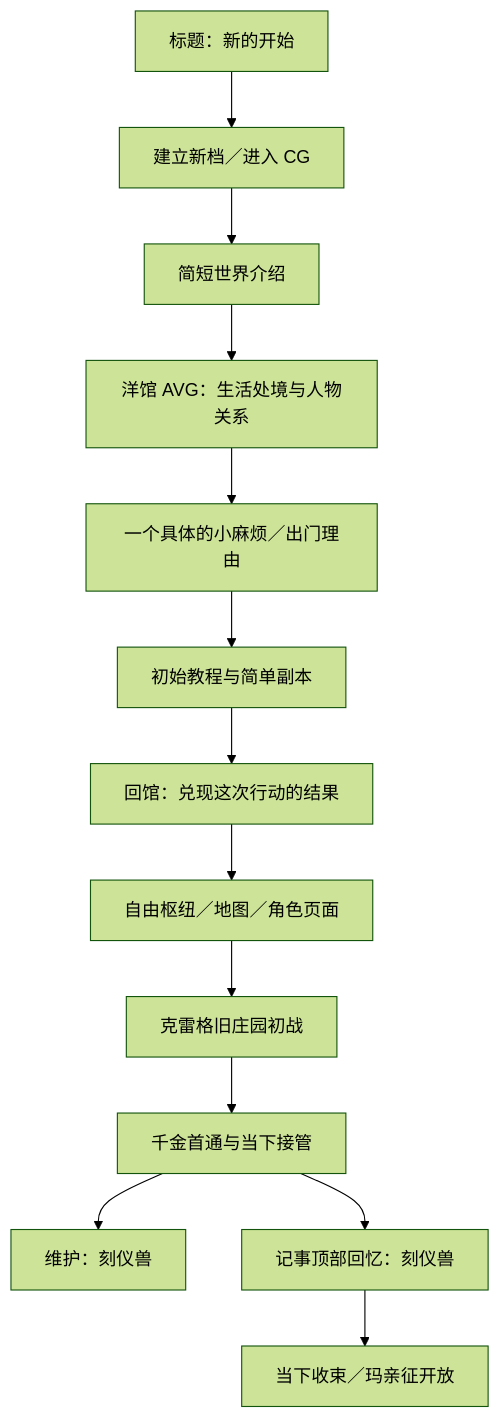
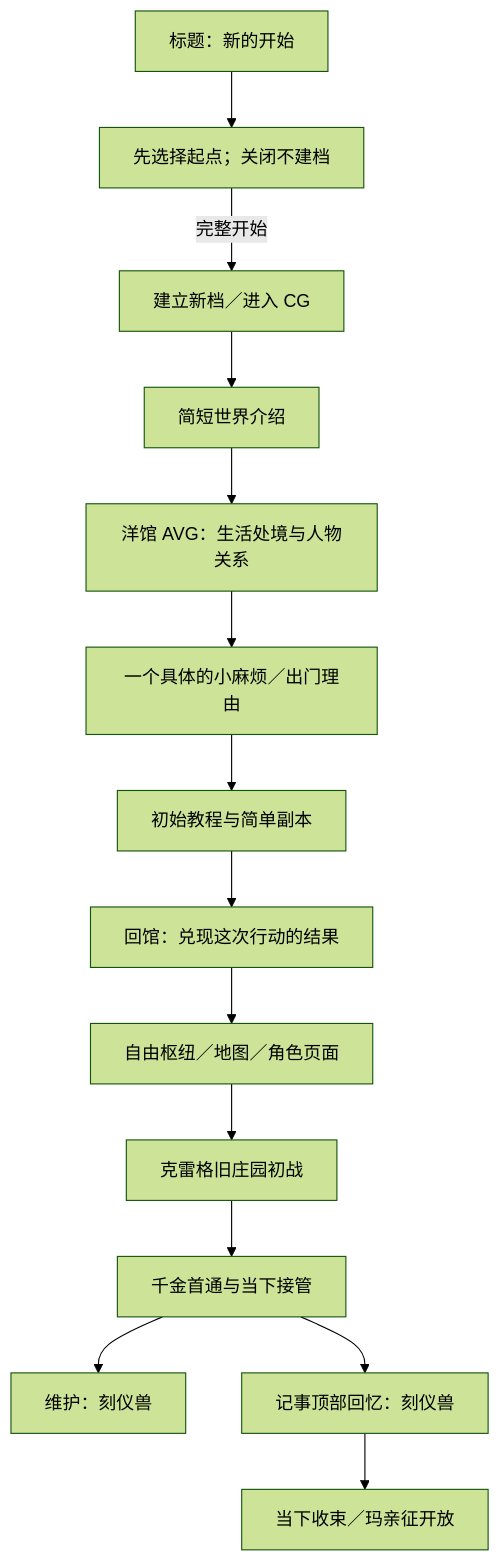
One commit to hasheeper/project-abyssa changed the diagram in docs/plans/DEMO_PROLOGUE_AND_ONBOARDING_PLAN.md. Above: the diagram before and after it, drawn with Mermaid (forest theme). The commit also changed other lines of this file and 703 other files, not shown here.

````diff
--- a/docs/plans/DEMO_PROLOGUE_AND_ONBOARDING_PLAN.md
+++ b/docs/plans/DEMO_PROLOGUE_AND_ONBOARDING_PLAN.md
@@ -54,15 +56,16 @@
 ```mermaid
 flowchart TD
-  A[标题：新的开始] --> B[建立新档／进入 CG]
+  A[标题：新的开始] --> A0[先选择起点；关闭不建档]
+  A0 -->|完整开始| B[建立新档／进入 CG]
   B --> C[简短世界介绍]
   C --> D[洋馆 AVG：生活处境与人物关系]
   D --> E[一个具体的小麻烦／出门理由]
   E --> F[初始教程与简单副本]
   F --> G[回馆：兑现这次行动的结果]
   G --> H[自由枢纽／地图／角色页面]
   H --> I[克雷格旧庄园初战]
   I --> J[千金首通与当下接管]
   J --> K[维护：刻仪兽]
   J --> L[记事顶部回忆：刻仪兽]
   L --> M[当下收束／玛亲征开放]
 ```
````
